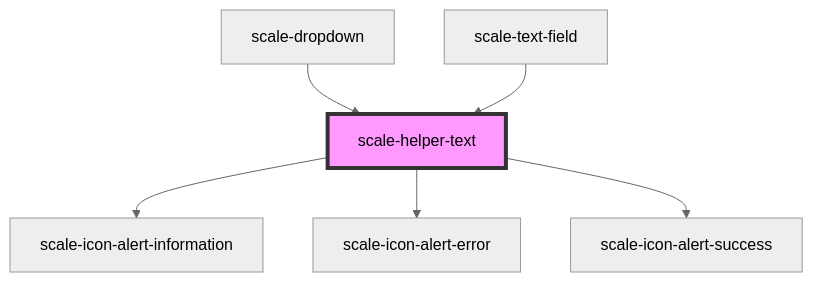
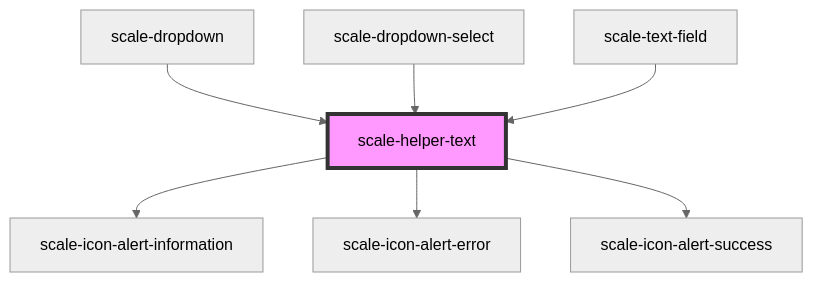
One commit to telekom/scale changed the diagram in packages/components/src/components/helper-text/readme.md. Above: the diagram before and after it, drawn with Mermaid (neutral theme). The commit also changed other lines of this file and 756 other files, not shown here.

````diff
--- a/packages/components/src/components/helper-text/readme.md
+++ b/packages/components/src/components/helper-text/readme.md
@@ -47,9 +48,10 @@
 ```mermaid
 graph TD;
   scale-helper-text --> scale-icon-alert-information
   scale-helper-text --> scale-icon-alert-error
   scale-helper-text --> scale-icon-alert-success
   scale-dropdown --> scale-helper-text
+  scale-dropdown-select --> scale-helper-text
   scale-text-field --> scale-helper-text
   style scale-helper-text fill:#f9f,stroke:#333,stroke-width:4px
 ```
````
